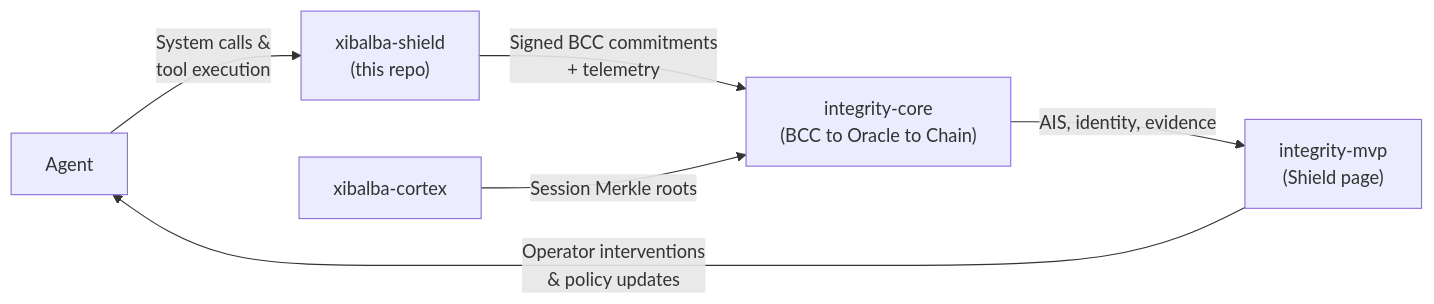
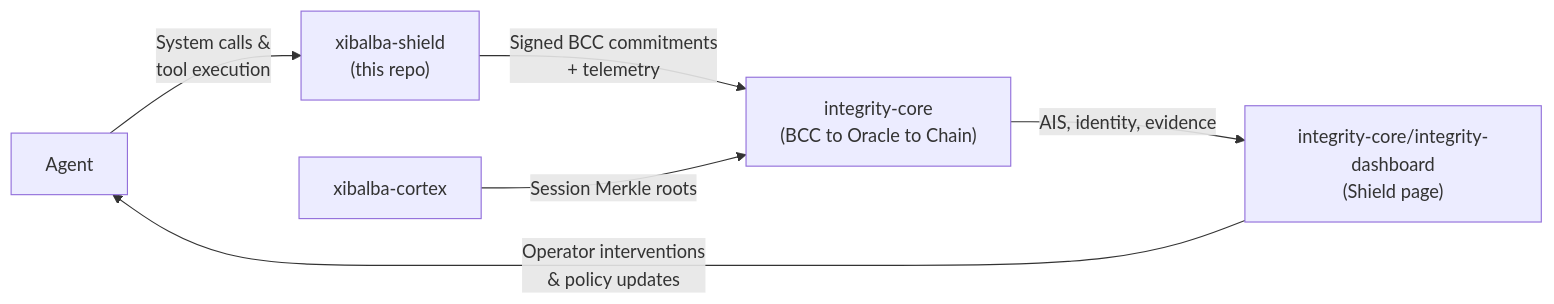
One commit to XibalbaTechSol/xibalba-shield changed the diagram in docs/wiki/architecture/ecosystem-role.md. Above: the diagram before and after it, drawn with Mermaid. The commit also changed other lines of this file and 5 other files, not shown here.

First line of the commit message:
Correct ecosystem model: 3 repos, not 4 (integrity-dashboard lives in integrity-core)

````diff
--- a/docs/wiki/architecture/ecosystem-role.md
+++ b/docs/wiki/architecture/ecosystem-role.md
@@ -46,8 +48,8 @@
 ```mermaid
 flowchart LR
     Agent["Agent"] -->|"System calls &<br/>tool execution"| Immune["xibalba-shield<br/>(this repo)"]
     Immune -->|"Signed BCC commitments<br/>+ telemetry"| Backbone["integrity-core<br/>(BCC to Oracle to Chain)"]
     Brain["xibalba-cortex"] -->|"Session Merkle roots"| Backbone
-    Backbone -->|"AIS, identity, evidence"| Eyes["integrity-mvp<br/>(Shield page)"]
+    Backbone -->|"AIS, identity, evidence"| Eyes["integrity-core/integrity-dashboard<br/>(Shield page)"]
     Eyes -->|"Operator interventions<br/>& policy updates"| Agent
 ```
````
